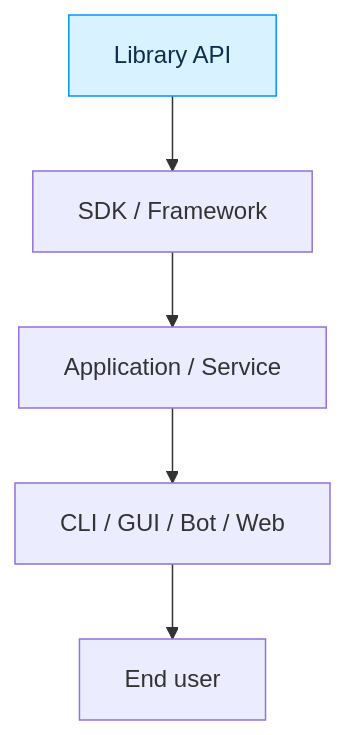
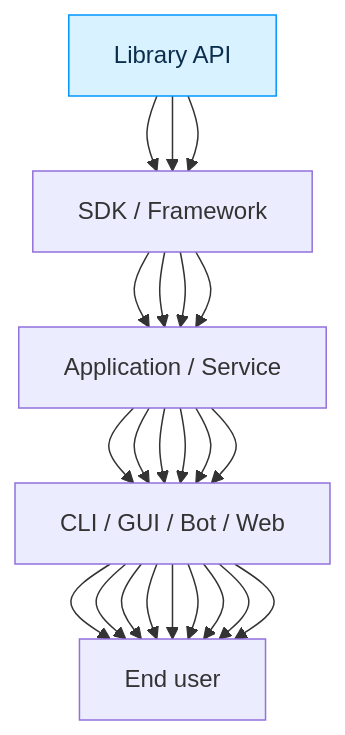
One commit to alchemmist/eosp changed the first of 3 diagrams in slides/02-lecture.en.md. Above: the diagram before and after it, drawn with Mermaid. The commit also changed other lines of this file and 3 other files, not shown here.

````diff
--- a/slides/02-lecture.en.md
+++ b/slides/02-lecture.en.md
@@ -74,10 +63,28 @@
 ```mermaid
 flowchart TD
     LIB[Library API] --> SDK[SDK / Framework]
+    LIB --> SDK
+    LIB --> SDK
     SDK --> APP[Application / Service]
+    SDK --> APP
+    SDK --> APP
+    SDK --> APP
     APP --> UI[CLI / GUI / Bot / Web]
+    APP --> UI
+    APP --> UI
+    APP --> UI
+    APP --> UI
+    APP --> UI
     UI --> USER[End user]
+    UI --> USER
+    UI --> USER
+    UI --> USER
+    UI --> USER
+    UI --> USER
+    UI --> USER
+    UI --> USER
+    UI --> USER
 
     classDef core fill:#d9f2ff,stroke:#0096FF,color:#0b2e4f;
     class LIB core
 ```
````
